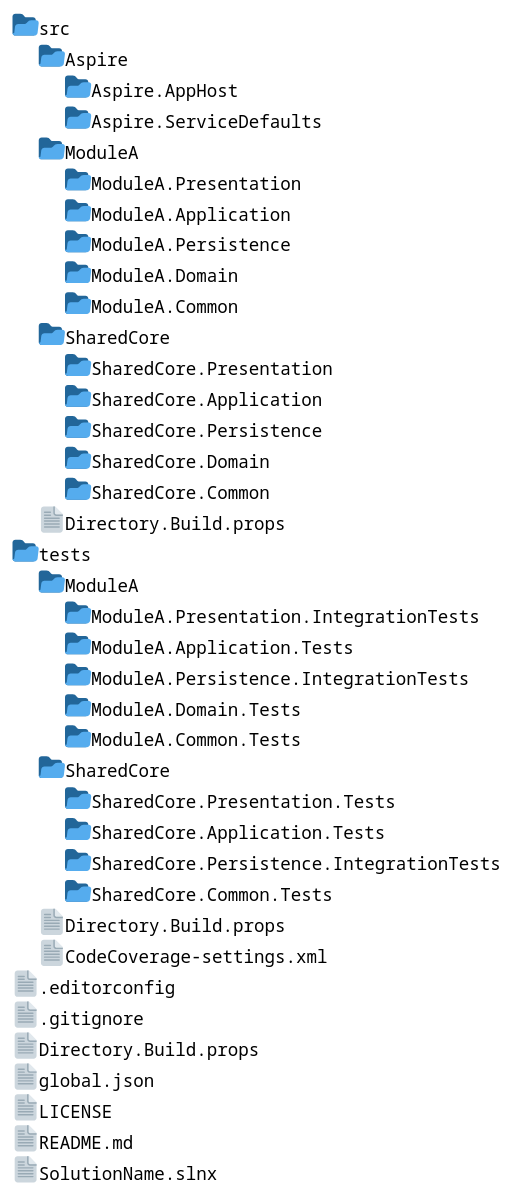
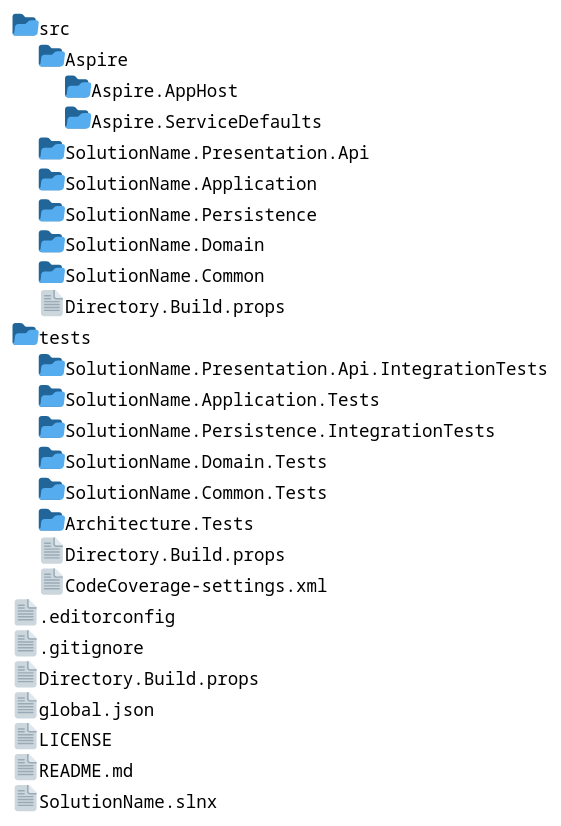
Before and after one commit to p-martinho/Minimal.Api.Template: the diagram in docs/FoldersStructure.pu, drawn with PlantUML. The commit also changed 8 other files, not shown here.

```diff
--- a/docs/FoldersStructure.pu
+++ b/docs/FoldersStructure.pu
@@ -1,35 +1,27 @@
 @startfiles
 
 /src/Aspire/Aspire.AppHost/
 /src/Aspire/Aspire.ServiceDefaults/
-/src/ModuleA/ModuleA.Presentation/
-/src/ModuleA/ModuleA.Application/
-/src/ModuleA/ModuleA.Persistence/
-/src/ModuleA/ModuleA.Domain/
-/src/ModuleA/ModuleA.Common/
-/src/SharedCore/SharedCore.Presentation/
-/src/SharedCore/SharedCore.Application/
-/src/SharedCore/SharedCore.Persistence/
-/src/SharedCore/SharedCore.Domain/
-/src/SharedCore/SharedCore.Common/
+/src/SolutionName.Presentation.Api/
+/src/SolutionName.Application/
+/src/SolutionName.Persistence/
+/src/SolutionName.Domain/
+/src/SolutionName.Common/
 /src/Directory.Build.props
-/tests/ModuleA/ModuleA.Presentation.IntegrationTests/
-/tests/ModuleA/ModuleA.Application.Tests/
-/tests/ModuleA/ModuleA.Persistence.IntegrationTests/
-/tests/ModuleA/ModuleA.Domain.Tests/
-/tests/ModuleA/ModuleA.Common.Tests/
-/tests/SharedCore/SharedCore.Presentation.Tests/
-/tests/SharedCore/SharedCore.Application.Tests/
-/tests/SharedCore/SharedCore.Persistence.IntegrationTests/
-/tests/SharedCore/SharedCore.Common.Tests/
+/tests/SolutionName.Presentation.Api.IntegrationTests/
+/tests/SolutionName.Application.Tests/
+/tests/SolutionName.Persistence.IntegrationTests/
+/tests/SolutionName.Domain.Tests/
+/tests/SolutionName.Common.Tests/
+/tests/Architecture.Tests/
 /tests/Directory.Build.props
 /tests/CodeCoverage-settings.xml
 /.editorconfig
 /.gitignore
 /Directory.Build.props
 /global.json
 /LICENSE
 /README.md
 /SolutionName.slnx
 
 @endfiles
```
